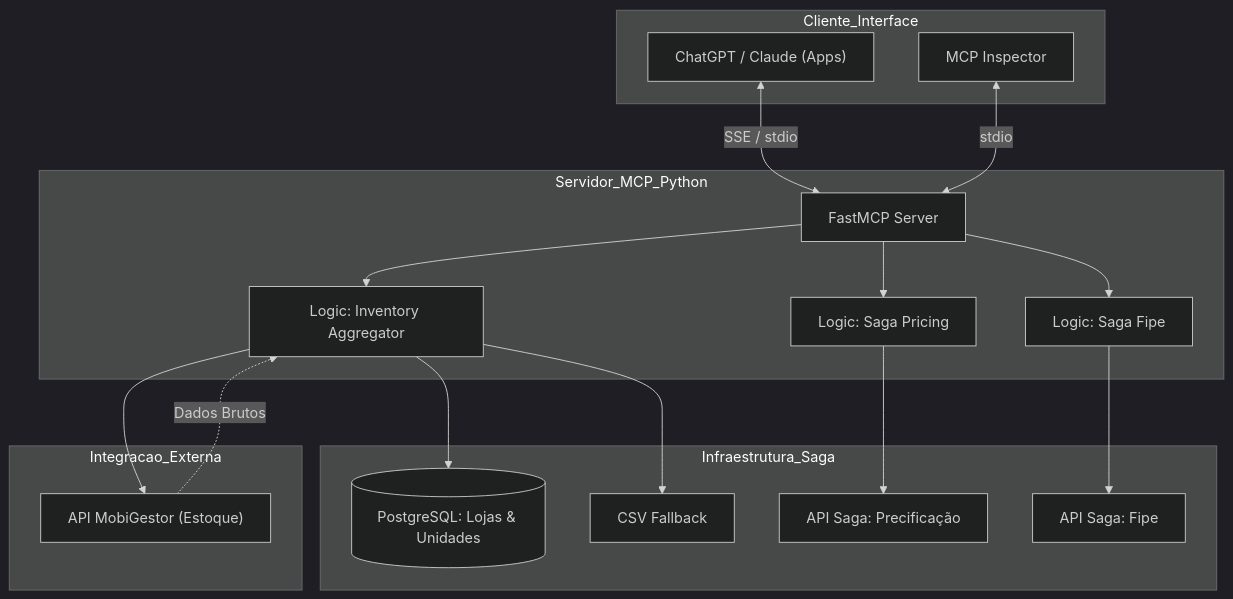
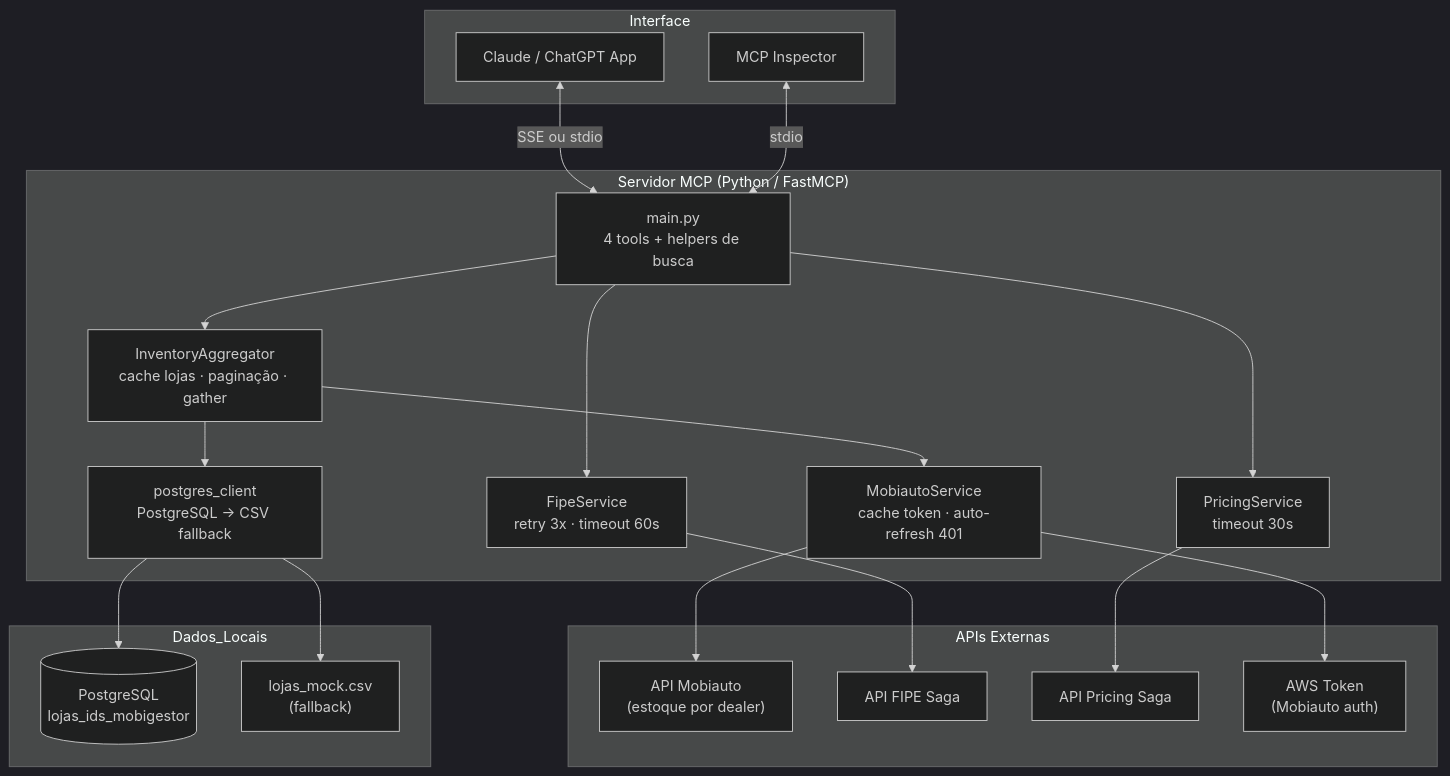
Before and after one commit to JoaaoCunhaa/ml-mcp-ia-vendas: the diagram in docs/02_arquitetura.md, drawn with Mermaid (dark theme). The commit also changed other lines of this file and 3 other files, not shown here.

````diff
--- a/docs/02_arquitetura.md
+++ b/docs/02_arquitetura.md
@@ -34,44 +56,47 @@
 ```mermaid
 flowchart TB
-    subgraph Cliente_Interface
-        LLM["ChatGPT / Claude (Apps)"]
+    subgraph Interface
+        LLM["Claude / ChatGPT App"]
         INSP["MCP Inspector"]
     end
 
-    subgraph Servidor_MCP_Python
-        FAST["FastMCP Server"]
-        LOGIC["Logic: Inventory Aggregator"]
-        PRIC["Logic: Saga Pricing"]
-        FIPE["Logic: Saga Fipe"]
+    subgraph MCP_Server["Servidor MCP (Python / FastMCP)"]
+        MAIN["main.py\n4 tools + helpers de busca"]
+        AGG["InventoryAggregator\ncache lojas · paginação · gather"]
+        FIPE_S["FipeService\nretry 3x · timeout 60s"]
+        PRICE_S["PricingService\ntimeout 30s"]
+        MOBI_S["MobiautoService\ncache token · auto-refresh 401"]
+        DB["postgres_client\nPostgreSQL → CSV fallback"]
     end
 
-    subgraph Infraestrutura_Saga
-        DB[("PostgreSQL: Lojas & Unidades")]
-        CSV["CSV Fallback"]
-        API_P["API Saga: Precificação"]
-        API_F["API Saga: Fipe"]
+    subgraph APIs_Externas["APIs Externas"]
+        MOBI_API["API Mobiauto\n(estoque por dealer)"]
+        FIPE_API["API FIPE Saga"]
+        PRICE_API["API Pricing Saga"]
+        TOKEN_API["AWS Token\n(Mobiauto auth)"]
     end
 
-    subgraph Integracao_Externa
-        API_M["API MobiGestor (Estoque)"]
+    subgraph Dados_Locais
+        PG[("PostgreSQL\nlojas_ids_mobigestor")]
+        CSV["lojas_mock.csv\n(fallback)"]
     end
 
-    %% Fluxo de Comunicação
-    LLM <-->|SSE / stdio| FAST
-    INSP <-->|stdio| FAST
+    LLM <-->|SSE ou stdio| MAIN
+    INSP <-->|stdio| MAIN
 
-    FAST --> LOGIC
-    FAST --> PRIC
-    FAST --> FIPE
+    MAIN --> AGG
+    MAIN --> FIPE_S
+    MAIN --> PRICE_S
 
-    %% Relacionamentos de Dados
-    LOGIC --> DB
-    LOGIC --> CSV
-    LOGIC --> API_M
-    
-    PRIC --> API_P
-    FIPE --> API_F
-    
-    API_M -.->|Dados Brutos| LOGIC
+    AGG --> MOBI_S
+    AGG --> DB
 
+    MOBI_S --> TOKEN_API
+    MOBI_S --> MOBI_API
+
+    FIPE_S --> FIPE_API
+    PRICE_S --> PRICE_API
+
+    DB --> PG
+    DB --> CSV
 ```
````
